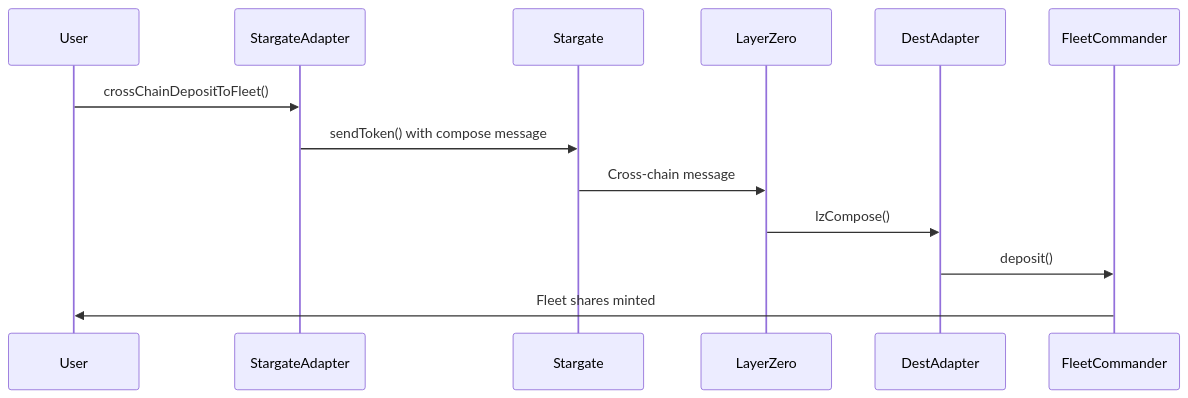
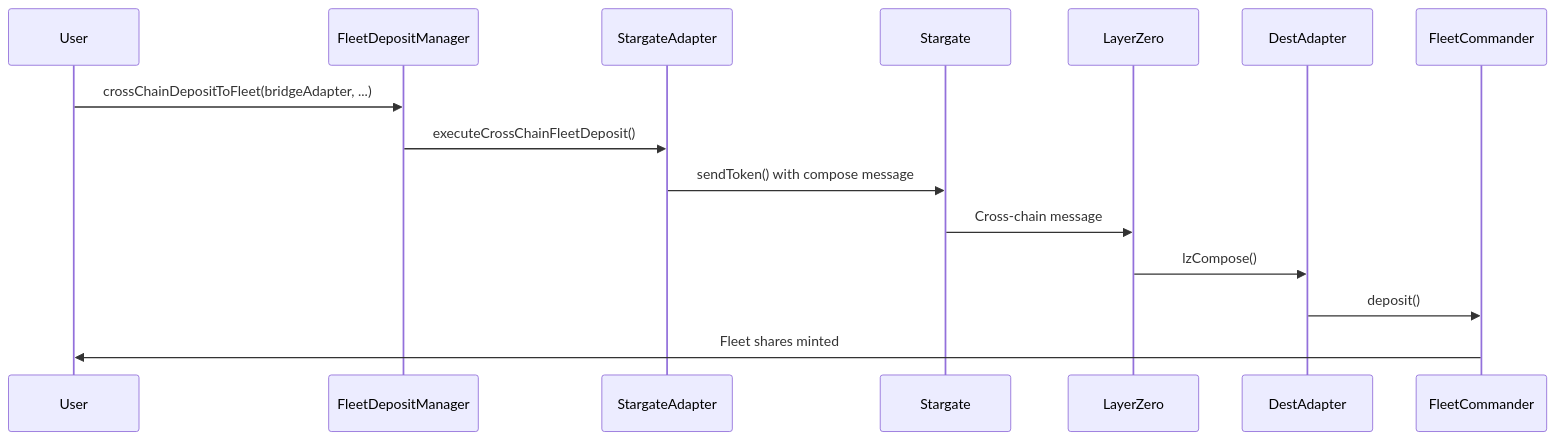
Before and after one commit to OasisDEX/summer-earn-protocol: the second of 2 diagrams in packages/chain-bridge/CROSS_CHAIN_FLEET_DEPOSITS.md, drawn with Mermaid. The commit also changed other lines of this file, not shown here.

First line of the commit message:
refactor: enhance cross-chain fleet deposit functionality

````diff
--- a/packages/chain-bridge/CROSS_CHAIN_FLEET_DEPOSITS.md
+++ b/packages/chain-bridge/CROSS_CHAIN_FLEET_DEPOSITS.md
@@ -131,16 +132,18 @@
 ```mermaid
 sequenceDiagram
     participant User
+    participant FleetDepositManager
     participant StargateAdapter
     participant Stargate
     participant LayerZero
     participant DestAdapter
     participant FleetCommander
 
-    User->>StargateAdapter: crossChainDepositToFleet()
+    User->>FleetDepositManager: crossChainDepositToFleet(bridgeAdapter, ...)
+    FleetDepositManager->>StargateAdapter: executeCrossChainFleetDeposit()
     StargateAdapter->>Stargate: sendToken() with compose message
     Stargate->>LayerZero: Cross-chain message
     LayerZero->>DestAdapter: lzCompose()
     DestAdapter->>FleetCommander: deposit()
     FleetCommander->>User: Fleet shares minted
 ```
````
